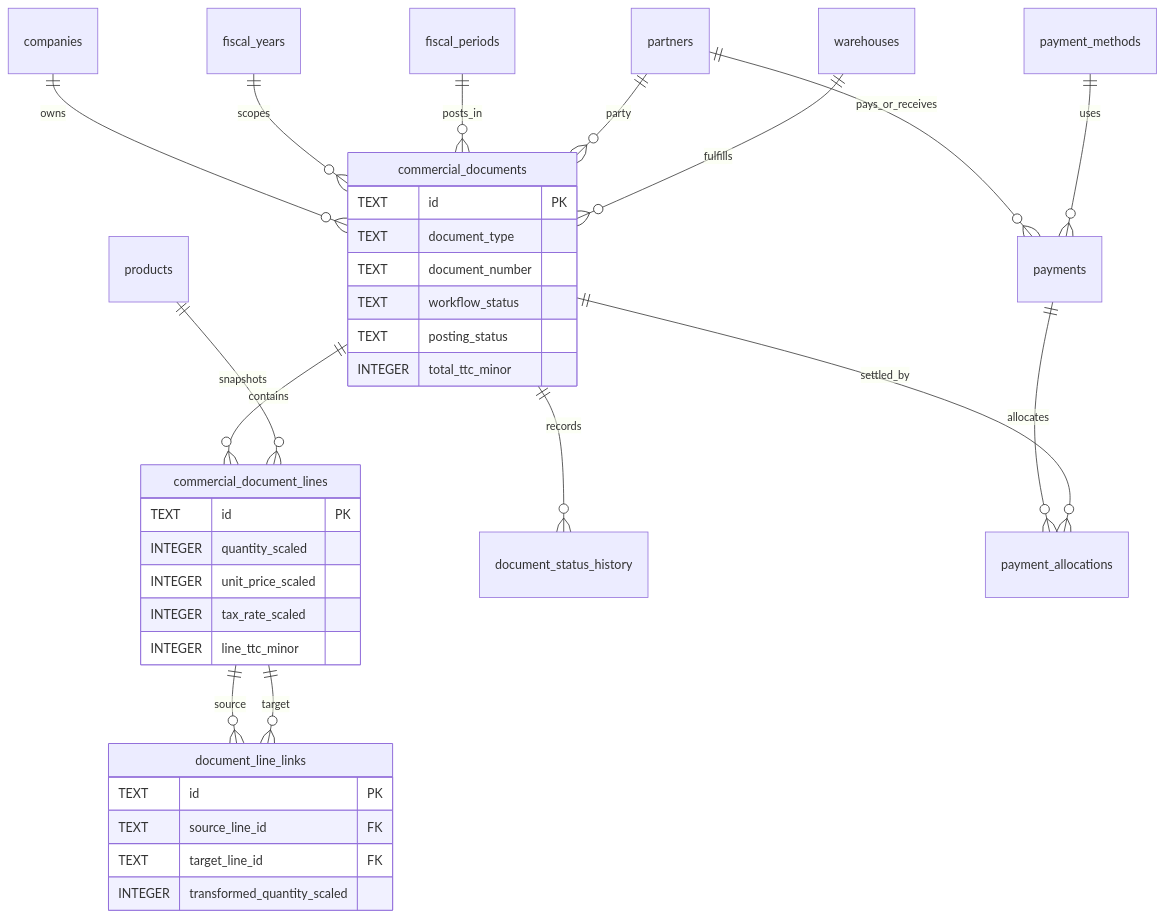
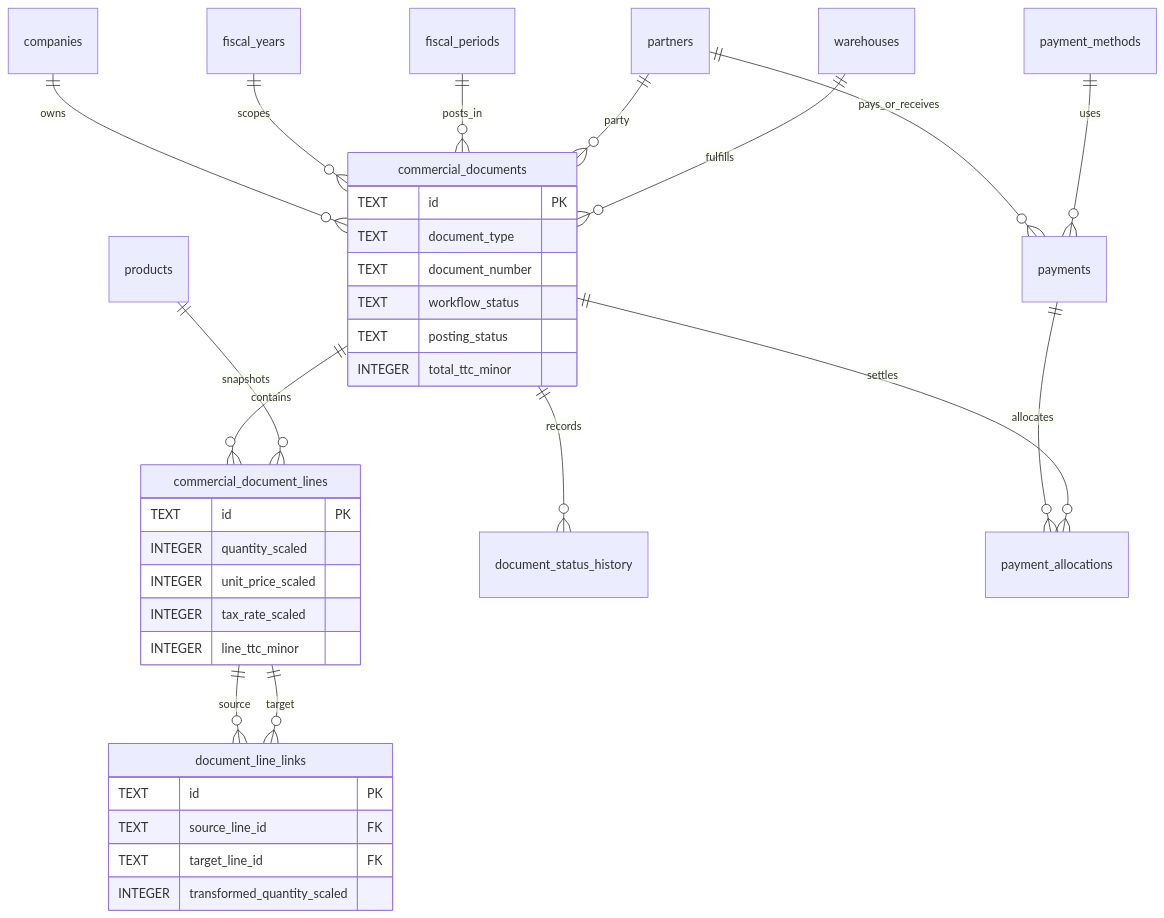
The third of 6 diagrams in docs/architecture/erd.md (mohamed09090-xmd/posman-desktop), drawn with Mermaid before and after one commit. The commit also changed other lines of this file and 5 other files, not shown here.

Commit message:
docs: preserve POSMAN blueprint and data architecture

````diff
--- a/docs/architecture/erd.md
+++ b/docs/architecture/erd.md
@@ -102,38 +97,38 @@
 ```mermaid
 erDiagram
     companies ||--o{ commercial_documents : owns
     fiscal_years ||--o{ commercial_documents : scopes
     fiscal_periods ||--o{ commercial_documents : posts_in
     partners ||--o{ commercial_documents : party
     warehouses ||--o{ commercial_documents : fulfills
     commercial_documents ||--o{ commercial_document_lines : contains
     products ||--o{ commercial_document_lines : snapshots
     commercial_document_lines ||--o{ document_line_links : source
     commercial_document_lines ||--o{ document_line_links : target
     commercial_documents ||--o{ document_status_history : records
     partners ||--o{ payments : pays_or_receives
     payment_methods ||--o{ payments : uses
     payments ||--o{ payment_allocations : allocates
-    commercial_documents ||--o{ payment_allocations : settled_by
+    commercial_documents ||--o{ payment_allocations : settles
     commercial_documents {
         TEXT id PK
         TEXT document_type
         TEXT document_number
         TEXT workflow_status
         TEXT posting_status
         INTEGER total_ttc_minor
     }
     commercial_document_lines {
         TEXT id PK
         INTEGER quantity_scaled
         INTEGER unit_price_scaled
         INTEGER tax_rate_scaled
         INTEGER line_ttc_minor
     }
     document_line_links {
         TEXT id PK
         TEXT source_line_id FK
         TEXT target_line_id FK
         INTEGER transformed_quantity_scaled
     }
 ```
````
